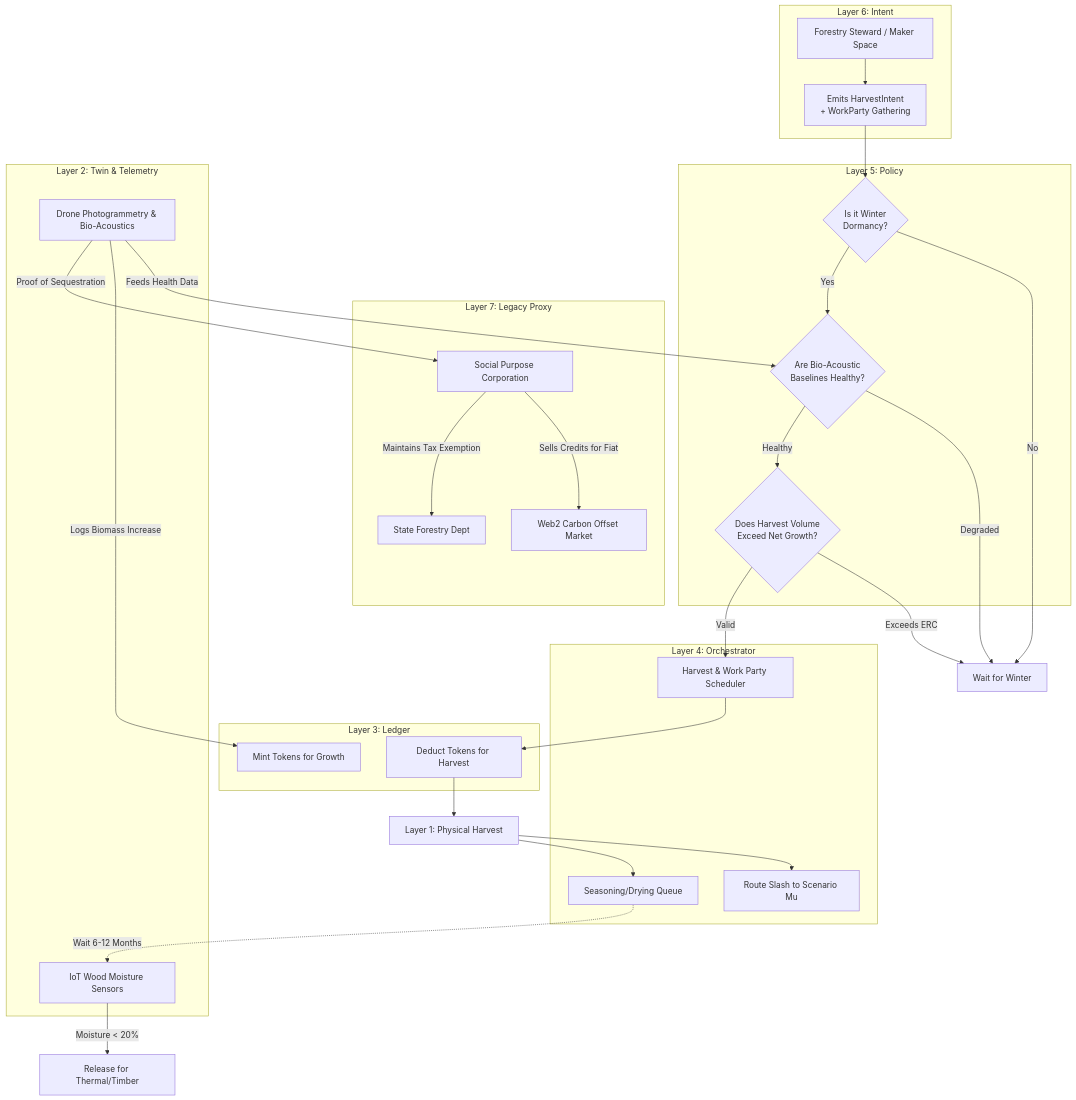
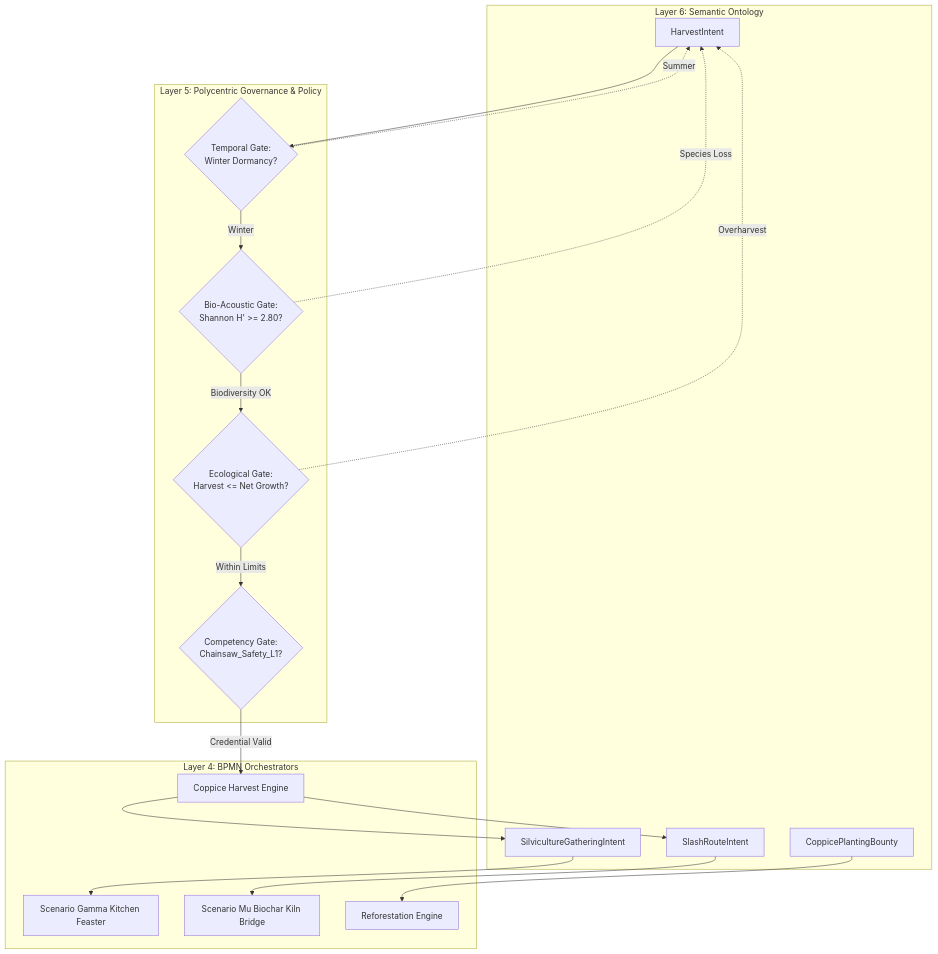
Before and after one commit to raffaine/collective: the third of 4 diagrams in docs/scenarios/eta_coppice.md, drawn with Mermaid. The commit also changed other lines of this file and 62 other files, not shown here.

First line of the commit message:
feat(sprint-1): Oasis V4 WebGPU Engine & Sovereign Stack V2 Architecture

````diff
--- a/docs/scenarios/eta_coppice.md
+++ b/docs/scenarios/eta_coppice.md
@@ -48,63 +122,42 @@
 ```mermaid
 graph TD
-    subgraph Layer 7: Legacy Proxy
-        Gov[State Forestry Dept]
-        CarbonMarket[Web2 Carbon Offset Market]
-        SPC[Social Purpose Corporation]
+    subgraph Layer 6: Semantic Ontology
+        L6_Harv[HarvestIntent]
+        L6_Gather[SilvicultureGatheringIntent]
+        L6_Slash[SlashRouteIntent]
+        L6_Plant[CoppicePlantingBounty]
     end
 
-    subgraph Layer 6: Intent
-        Steward[Forestry Steward / Maker Space]
-        Intent[Emits HarvestIntent <br> + WorkParty Gathering]
+    subgraph Layer 5: Polycentric Governance & Policy
+        P_Season{Temporal Gate: <br>Winter Dormancy?}
+        P_Bio{Bio-Acoustic Gate: <br>Shannon H' >= 2.80?}
+        P_ERC{Ecological Gate: <br>Harvest <= Net Growth?}
+        P_Skill{Competency Gate: <br>Chainsaw_Safety_L1?}
     end
 
-    subgraph Layer 5: Policy
-        ERCCheck{Does Harvest Volume <br> Exceed Net Growth?}
-        SeasonCheck{Is it Winter <br> Dormancy?}
-        BioCheck{Are Bio-Acoustic <br> Baselines Healthy?}
+    subgraph Layer 4: BPMN Orchestrators
+        BPMN_Wood[Coppice Harvest Engine]
+        BPMN_Gamma[Scenario Gamma Kitchen Feaster]
+        BPMN_Mu[Scenario Mu Biochar Kiln Bridge]
+        BPMN_Plant[Reforestation Engine]
     end
 
-    subgraph Layer 4: Orchestrator
-        BPMN[Harvest & Work Party Scheduler]
-        Seasoning[Seasoning/Drying Queue]
-        MuHook[Route Slash to Scenario Mu]
-    end
+    L6_Harv --> P_Season
+    P_Season -->|Winter| P_Bio
+    P_Season -.->|Summer| L6_Harv
 
-    subgraph Layer 3: Ledger
-        Mint[Mint Tokens for Growth]
-        Deduct[Deduct Tokens for Harvest]
-    end
+    P_Bio -->|Biodiversity OK| P_ERC
+    P_Bio -.->|Species Loss| L6_Harv
 
-    subgraph Layer 2: Twin & Telemetry
-        GIS[Drone Photogrammetry & Bio-Acoustics]
-        Moisture[IoT Wood Moisture Sensors]
-    end
+    P_ERC -->|Within Limits| P_Skill
+    P_ERC -.->|Overharvest| L6_Harv
 
-    %% Legacy Flow
-    SPC -->|Maintains Tax Exemption| Gov
-    GIS -->|Proof of Sequestration| SPC
-    SPC -->|Sells Credits for Fiat| CarbonMarket
+    P_Skill -->|Credential Valid| BPMN_Wood
+    BPMN_Wood --> L6_Gather
+    L6_Gather --> BPMN_Gamma
 
-    %% Sovereign Flow
-    GIS -->|Logs Biomass Increase| Mint
-    GIS -->|Feeds Health Data| BioCheck
-    
-    Steward --> Intent
-    Intent --> SeasonCheck
-    SeasonCheck -->|Yes| BioCheck
-    SeasonCheck -->|No| Reject[Wait for Winter]
-    
-    BioCheck -->|Healthy| ERCCheck
-    BioCheck -->|Degraded| Reject
-    
-    ERCCheck -->|Valid| BPMN
-    ERCCheck -->|Exceeds ERC| Reject
-    
-    BPMN --> Deduct
-    Deduct --> Action[Layer 1: Physical Harvest]
-    
-    Action --> Seasoning
-    Action --> MuHook
-    Seasoning -.->|Wait 6-12 Months| Moisture
-    Moisture -->|Moisture < 20%| Fuel[Release for Thermal/Timber]
+    BPMN_Wood --> L6_Slash
+    L6_Slash --> BPMN_Mu
+
+    L6_Plant --> BPMN_Plant
 ```
````
